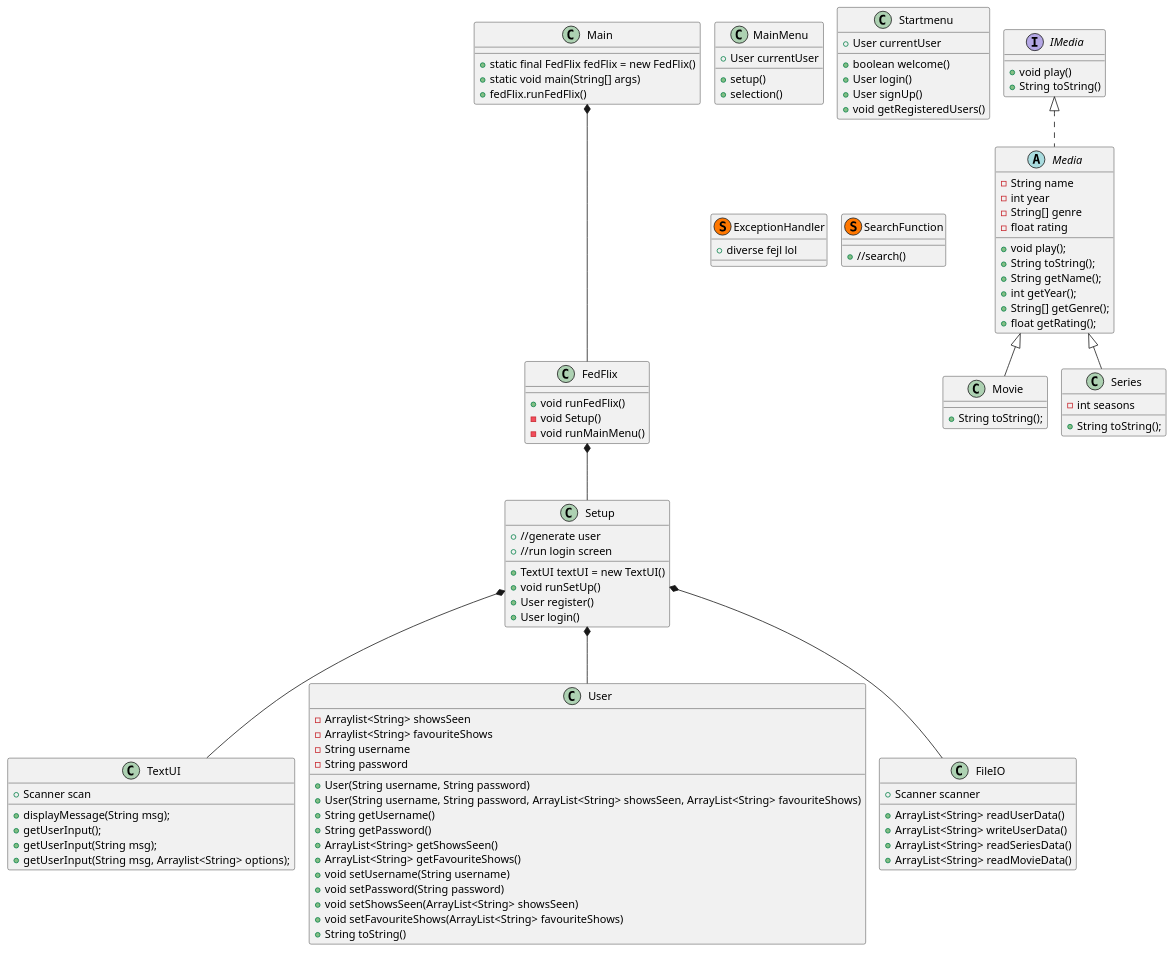
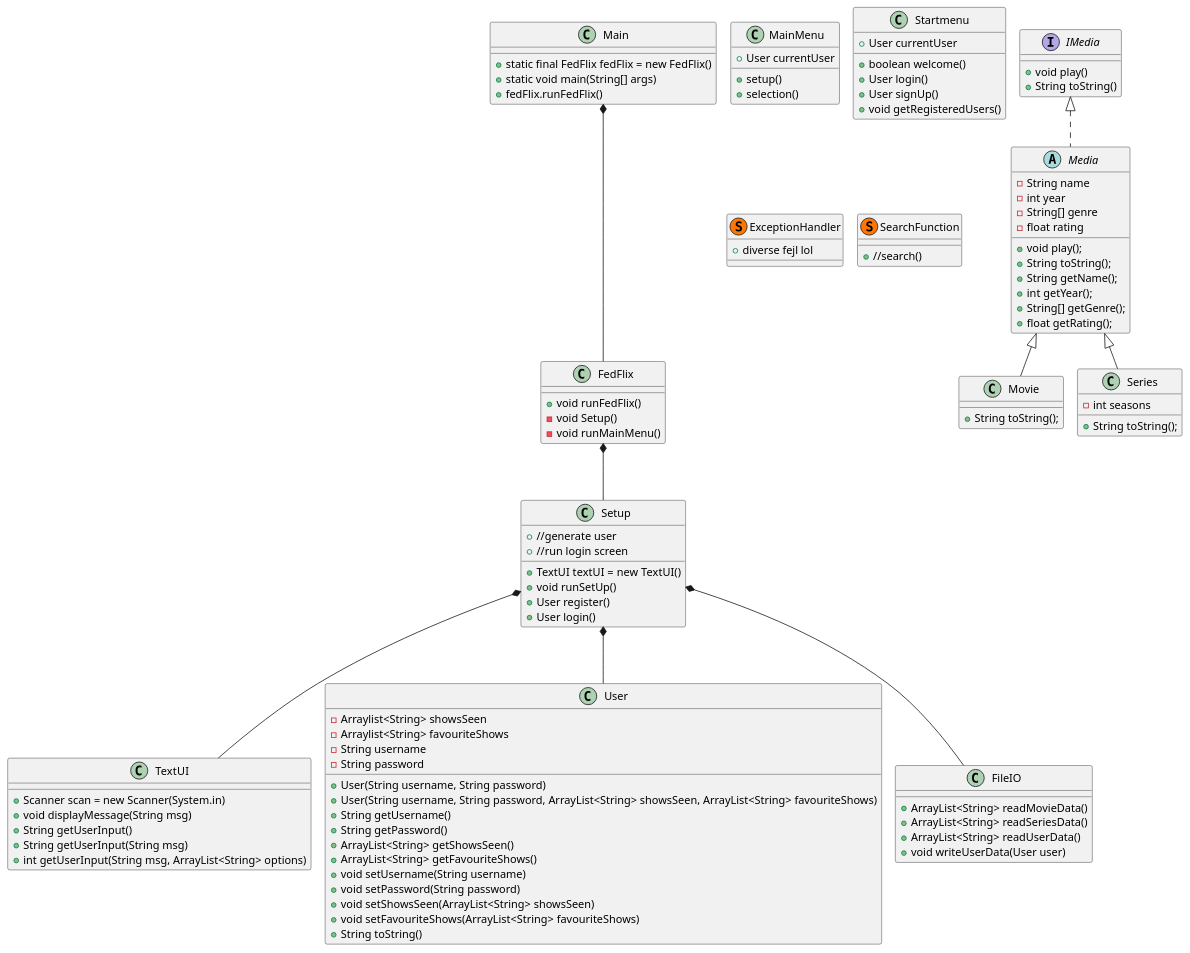
The diagram in SP03/Documentation/Class Diagram.puml (Sebbedeb/SP3---Streaming-Service), drawn with PlantUML before and after one commit.

Commit message:
Update Class Diagram.puml

```diff
--- a/SP03/Documentation/Class Diagram.puml
+++ b/SP03/Documentation/Class Diagram.puml
@@ -1,108 +1,108 @@
 @startuml
 'https://plantuml.com/class-diagram
 !pragma layout smetana
 
 class Main
 class MainMenu
 class Startmenu
 class TextUI
 class User
 class FileIO
 class ExceptionHandler << (S,#FF7700) >>
 abstract class Media implements IMedia
 class Movie extends Media
 class Series extends Media
 class SearchFunction << (S,#FF7700) >>
 class MainMenu
 class FedFlix
 class Setup
 
 Main *--- FedFlix
 FedFlix *--- Setup
 Setup *--- User
 Setup *--- FileIO
 Setup *--- TextUI
 
 Main : + static final FedFlix fedFlix = new FedFlix()
 Main : + static void main(String[] args)
 Main : + fedFlix.runFedFlix()
 
 FedFlix : + void runFedFlix()
 FedFlix : - void Setup()
 FedFlix : - void runMainMenu()
 
 Setup : + TextUI textUI = new TextUI()
 Setup : + void runSetUp()
 Setup : + User register()
 Setup : + User login()
 
 
 MainMenu : + User currentUser
 MainMenu : + setup()
 MainMenu : + selection()
 
 
 Setup : + //generate user
 Setup : + //run login screen
 
 SearchFunction : +//search()
 
 Startmenu : + User currentUser
 Startmenu : + boolean welcome()
 Startmenu : + User login()
 Startmenu : + User signUp()
 Startmenu : + void getRegisteredUsers()
 
-FileIO : + Scanner scanner
+FileIO : + ArrayList<String> readMovieData()
+FileIO : + ArrayList<String> readSeriesData()
 FileIO : + ArrayList<String> readUserData()
-FileIO : + ArrayList<String> writeUserData()
-FileIO : + ArrayList<String> readSeriesData()
-FileIO : + ArrayList<String> readMovieData()
+FileIO : + void writeUserData(User user)
+
 
 
 User : - Arraylist<String> showsSeen
 User : - Arraylist<String> favouriteShows
 User : - String username
 User : - String password
 User : + User(String username, String password)
 User : + User(String username, String password, ArrayList<String> showsSeen, ArrayList<String> favouriteShows)
 User : + String getUsername()
 User : + String getPassword()
 User : + ArrayList<String> getShowsSeen()
 User : + ArrayList<String> getFavouriteShows()
 User : + void setUsername(String username)
 User : + void setPassword(String password)
 User : + void setShowsSeen(ArrayList<String> showsSeen)
 User : + void setFavouriteShows(ArrayList<String> favouriteShows)
 User : + String toString()
 
 
 IMedia : + void play()
 IMedia : + String toString()
 
-TextUI : + Scanner scan
-TextUI : + displayMessage(String msg);
-TextUI : + getUserInput();
-TextUI : + getUserInput(String msg);
-TextUI : + getUserInput(String msg, Arraylist<String> options);
+TextUI : + Scanner scan = new Scanner(System.in)
+TextUI : + void displayMessage(String msg)
+TextUI : + String getUserInput()
+TextUI : + String getUserInput(String msg)
+TextUI : + int getUserInput(String msg, ArrayList<String> options)
 
 ExceptionHandler : + diverse fejl lol
 
 Media : -String name
 Media : -int year
 Media : -String[] genre
 Media : -float rating
 Media : + void play();
 Media : + String toString();
 Media : + String getName();
 Media : + int getYear();
 Media : + String[] getGenre();
 Media : + float getRating();
 
 Movie : + String toString();
 
 Series : - int seasons
 Series : + String toString();
 
 
 @enduml
```
